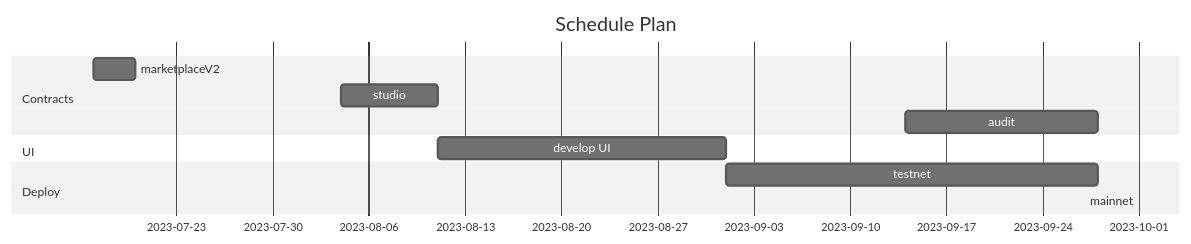
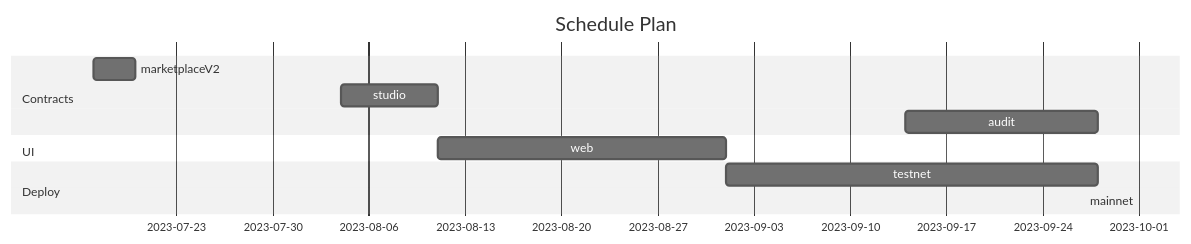
Before and after one commit to TowneSquare/TowneSpace: the diagram in Product Sheet.md, drawn with Mermaid (neutral theme).

Commit message:
Edited Grantt Chart

````diff
--- a/Product Sheet.md
+++ b/Product Sheet.md
@@ -36,14 +36,14 @@
 ```mermaid
 gantt
     title Schedule Plan
     dateFormat  DD-MM-YYYY
     section Contracts
     marketplaceV2  :17-07-2023, 3d
     studio   :04-08-2023  , 7d
     audit   :14-09-2023 , 14d
     section UI 
-    develop UI  :11-08-2023 , 21d
+    web  :11-08-2023 , 21d
     section Deploy 
     testnet      :01-09-2023  , 27d
     mainnet      :01-10-2023 ,
 ```
````
